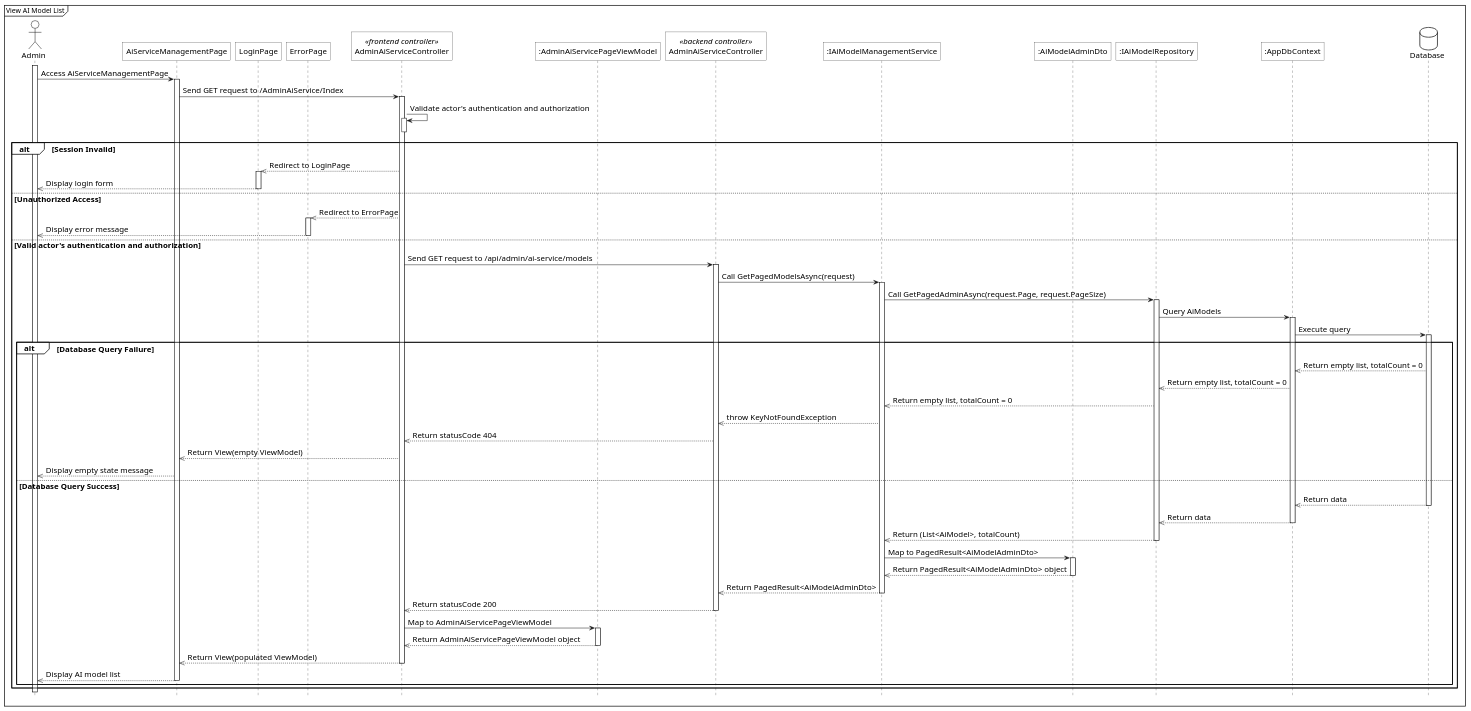
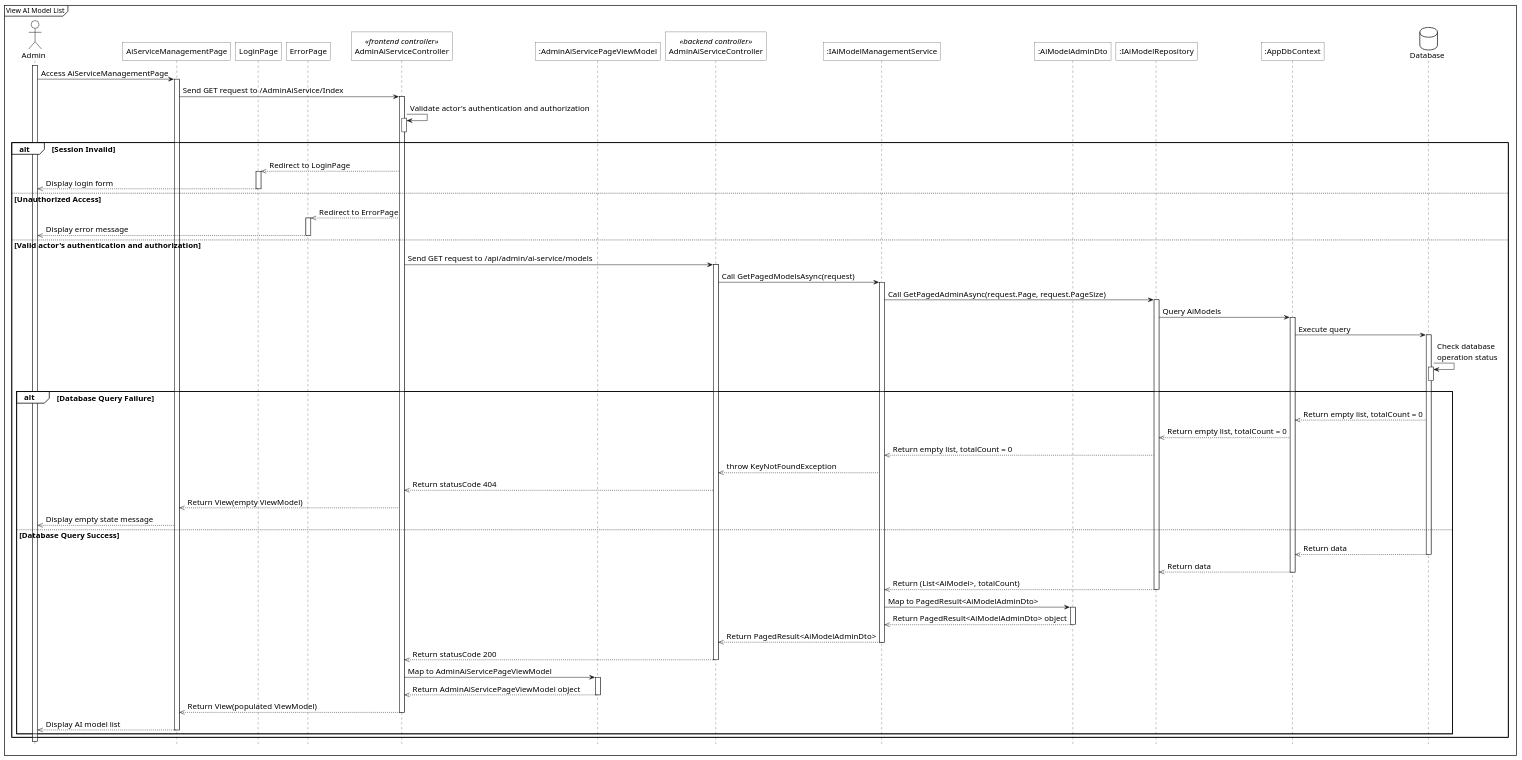
One commit to 1000do/Linked changed the diagram in diagrams/sequence/models/view_ai_model_list/sq_view_ai_model_list.plantuml. Above: the diagram before and after it, drawn with PlantUML. The commit also changed 22 other files, not shown here.

Commit message:
update sequence of report, models, publish course

```diff
--- a/diagrams/sequence/models/view_ai_model_list/sq_view_ai_model_list.plantuml
+++ b/diagrams/sequence/models/view_ai_model_list/sq_view_ai_model_list.plantuml
@@ -1,102 +1,103 @@
 @startuml 
 <style>
     sequenceDiagram{
         FontSize 16
 
         arrow {
             ' Set the maximum width of the text on arrows
             MaximumWidth 300
 
         }
         actor{
             BackgroundColor white
             LineThickness 1.0
         }
         participant{
             BackgroundColor white
             RoundCorner 0
         }
         database{
             BackgroundColor white
         }
         groupHeader{
             BackgroundColor white
         }
         referenceHeader{
             BackgroundColor white
         }
         reference{
             BackgroundColor white
         }
     }
 </style>
 
 hide footbox
 mainframe View AI Model List
 
 actor Admin as act
 participant "AiServiceManagementPage" as view
 participant "LoginPage" as login_view
 participant "ErrorPage" as error_view
 participant "AdminAiServiceController" as fe_ctrl <<frontend controller>>
 participant ":AdminAiServicePageViewModel" as view_model
 participant "AdminAiServiceController" as be_ctrl <<backend controller>>
 participant ":IAiModelManagementService" as sv
 participant ":AiModelAdminDto" as res
 participant ":IAiModelRepository" as repo
 participant ":AppDbContext" as ctx
 database Database as db
 
 act ++
 act -> view++: Access AiServiceManagementPage
 view -> fe_ctrl++: Send GET request to /AdminAiService/Index
 fe_ctrl -> fe_ctrl++: Validate actor's authentication and authorization
 fe_ctrl--
 
 alt Session Invalid
     fe_ctrl -->> login_view: Redirect to LoginPage
     activate login_view
     login_view -->> act--: Display login form
 else Unauthorized Access
     fe_ctrl -->> error_view: Redirect to ErrorPage
     activate error_view
     error_view -->> act--: Display error message
 else Valid actor's authentication and authorization
     fe_ctrl -> be_ctrl++: Send GET request to /api/admin/ai-service/models
         
         be_ctrl -> sv++: Call GetPagedModelsAsync(request)
         
         sv -> repo++: Call GetPagedAdminAsync(request.Page, request.PageSize)
         
         repo -> ctx++: Query AiModels
         ctx -> db++: Execute query
-        
+        db ->db++: Check database\noperation status
+        db--
         alt Database Query Failure
             db -->> ctx: Return empty list, totalCount = 0
             ctx -->> repo: Return empty list, totalCount = 0
             repo -->> sv: Return empty list, totalCount = 0
             sv -->> be_ctrl: throw KeyNotFoundException
             be_ctrl -->> fe_ctrl: Return statusCode 404
             fe_ctrl -->> view: Return View(empty ViewModel)
             view -->> act: Display empty state message
         else Database Query Success
             db -->> ctx--: Return data
             ctx -->> repo--: Return data
             repo -->> sv--: Return (List<AiModel>, totalCount)
             
             sv -> res++: Map to PagedResult<AiModelAdminDto>
             res -->> sv--: Return PagedResult<AiModelAdminDto> object
             
             sv -->> be_ctrl--: Return PagedResult<AiModelAdminDto>
             be_ctrl -->> fe_ctrl--: Return statusCode 200
             
             fe_ctrl -> view_model++: Map to AdminAiServicePageViewModel
             view_model -->> fe_ctrl--: Return AdminAiServicePageViewModel object
                 
             fe_ctrl -->> view: Return View(populated ViewModel)
             deactivate fe_ctrl
             
             view -->> act--: Display AI model list
         end
 end
 @enduml
```
